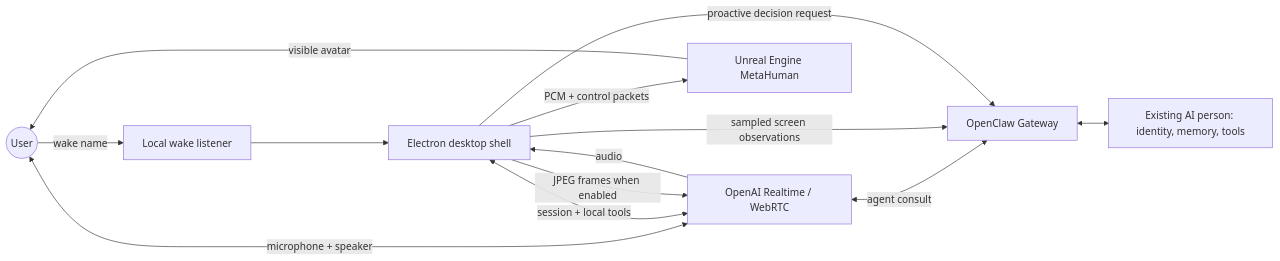
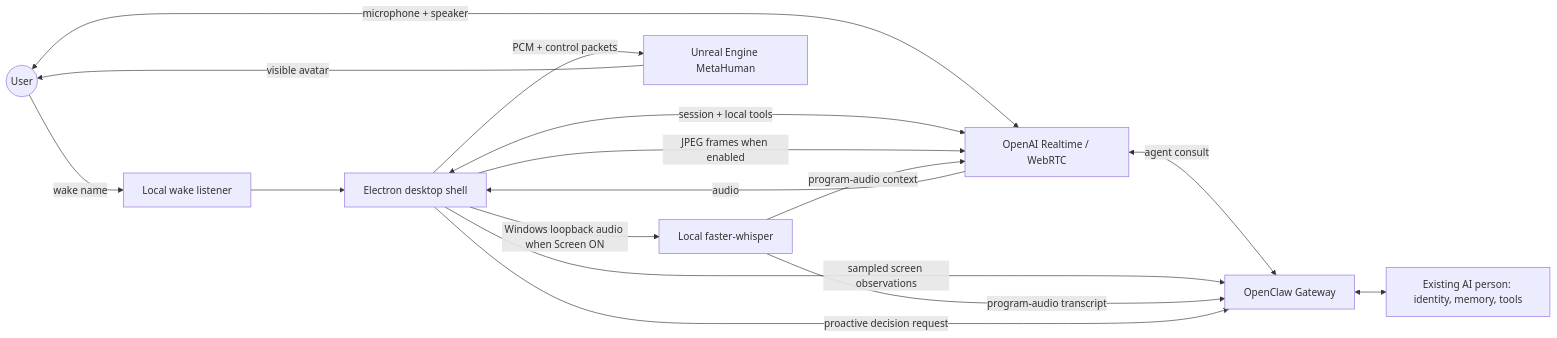
Before and after one commit to marisombra-dev/desktop-ai-avatar-blueprint: the diagram in README.md, drawn with Mermaid. The commit also changed other lines of this file and 8 other files, not shown here.

Commit message:
Document Screen-linked system audio watch-along

````diff
--- a/README.md
+++ b/README.md
@@ -25,15 +25,18 @@
 ```mermaid
 flowchart LR
     User((User)) -->|wake name| Wake[Local wake listener]
     Wake --> Shell[Electron desktop shell]
     User <-->|microphone + speaker| RT[OpenAI Realtime / WebRTC]
     Shell <-->|session + local tools| RT
     RT <-->|agent consult| OC[OpenClaw Gateway]
     OC <--> Brain[Existing AI person: identity, memory, tools]
     Shell -->|JPEG frames when enabled| RT
     Shell -->|sampled screen observations| OC
+    Shell -->|Windows loopback audio when Screen ON| STT[Local faster-whisper]
+    STT -->|program-audio transcript| OC
+    STT -->|program-audio context| RT
     Shell -->|PCM + control packets| UE[Unreal Engine MetaHuman]
     RT -->|audio| Shell
     UE -->|visible avatar| User
     Shell -->|proactive decision request| OC
 ```
````
